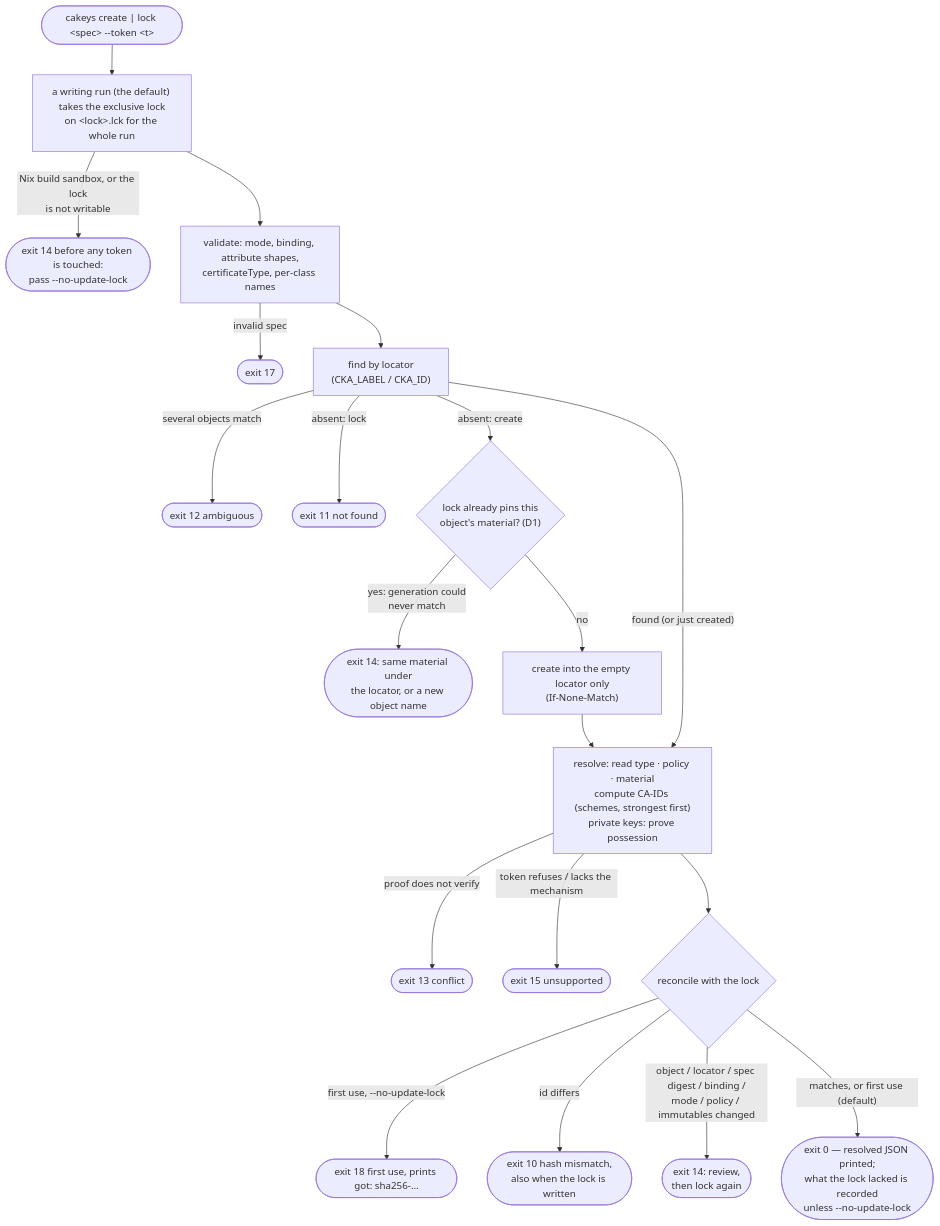
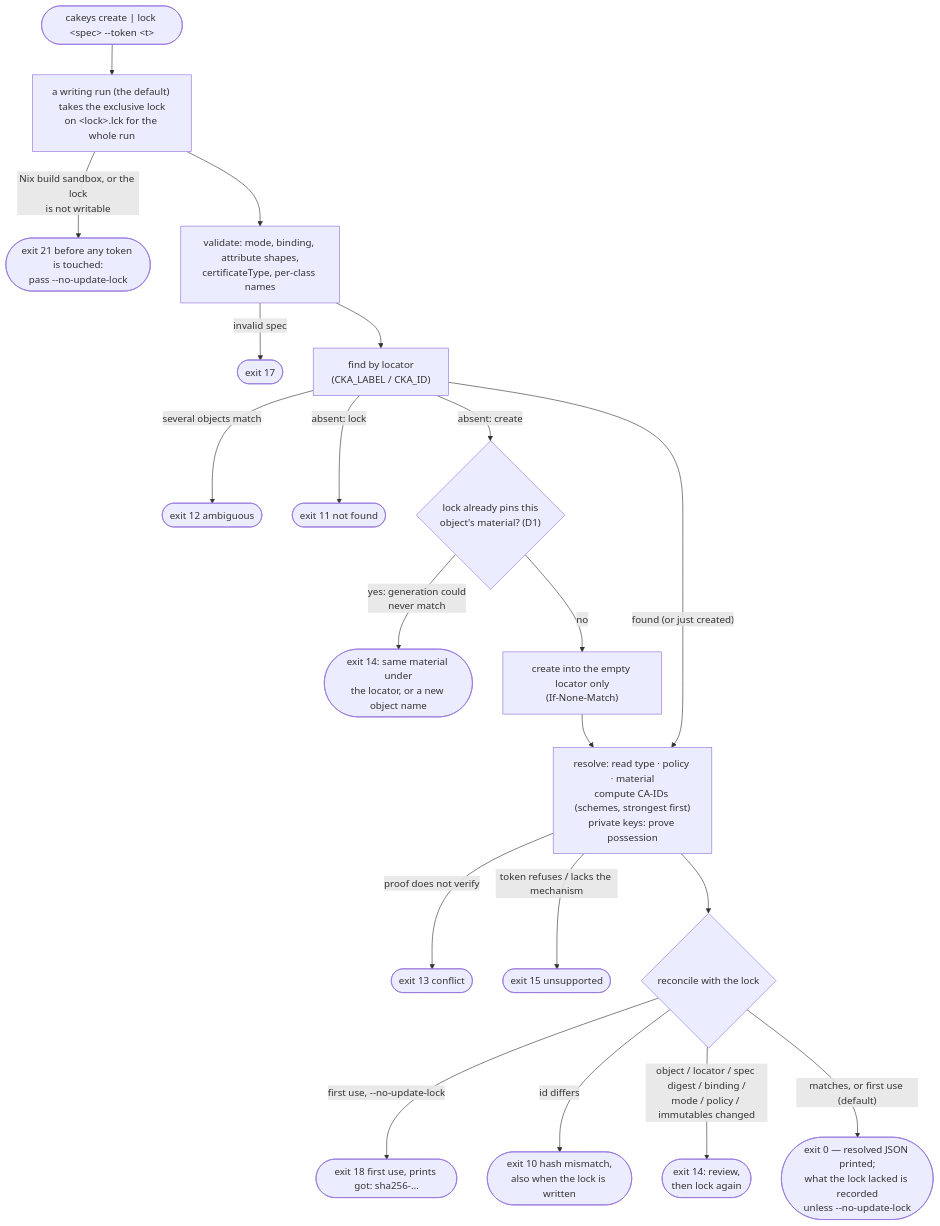
Before and after one commit to Princemachiavelli/cakeys: the second of 5 diagrams in docs/diagrams.md, drawn with Mermaid. The commit also changed 22 other files, not shown here.

First line of the commit message:
Exit 21 for an unwritable lock; chain dates warn outside check; caprobe uses validate's stack

````diff
--- a/docs/diagrams.md
+++ b/docs/diagrams.md
@@ -47,23 +47,23 @@
 ```mermaid
 flowchart TD
     START(["cakeys create | lock &lt;spec&gt; --token &lt;t&gt;"]) --> GUARD
     GUARD["a writing run (the default) takes the exclusive lock<br/>on &lt;lock&gt;.lck for the whole run"]
-    GUARD -- "Nix build sandbox, or the lock<br/>is not writable" --> X14w(["exit 14 before any token is touched:<br/>pass --no-update-lock"])
+    GUARD -- "Nix build sandbox, or the lock<br/>is not writable" --> X21(["exit 21 before any token is touched:<br/>pass --no-update-lock"])
     GUARD --> VAL["validate: mode, binding, attribute shapes,<br/>certificateType, per-class names"]
     VAL -- "invalid spec" --> X17(["exit 17"])
     VAL --> FIND["find by locator<br/>(CKA_LABEL / CKA_ID)"]
     FIND -- "several objects match" --> X12(["exit 12 ambiguous"])
     FIND -- "absent: lock" --> X11(["exit 11 not found"])
     FIND -- "absent: create" --> PIN{"lock already pins this<br/>object's material? (D1)"}
     PIN -- "yes: generation could<br/>never match" --> X14b(["exit 14: same material under<br/>the locator, or a new object name"])
     PIN -- no --> CREATE["create into the empty locator only<br/>(If-None-Match)"]
     FIND -- "found (or just created)" --> RESOLVE
     CREATE --> RESOLVE["resolve: read type · policy · material<br/>compute CA-IDs (schemes, strongest first)<br/>private keys: prove possession"]
     RESOLVE -- "proof does not verify" --> X13a(["exit 13 conflict"])
     RESOLVE -- "token refuses / lacks the mechanism" --> X15(["exit 15 unsupported"])
     RESOLVE --> RECONCILE{"reconcile with the lock"}
     RECONCILE -- "first use, --no-update-lock" --> X18(["exit 18 first use, prints got: sha256-…"])
     RECONCILE -- "id differs" --> X10b(["exit 10 hash mismatch,<br/>also when the lock is written"])
     RECONCILE -- "object / locator / spec digest / binding /<br/>mode / policy / immutables changed" --> X14(["exit 14: review,<br/>then lock again"])
     RECONCILE -- "matches, or first use (default)" --> OK(["exit 0 — resolved JSON printed;<br/>what the lock lacked is recorded<br/>unless --no-update-lock"])
 ```
````
